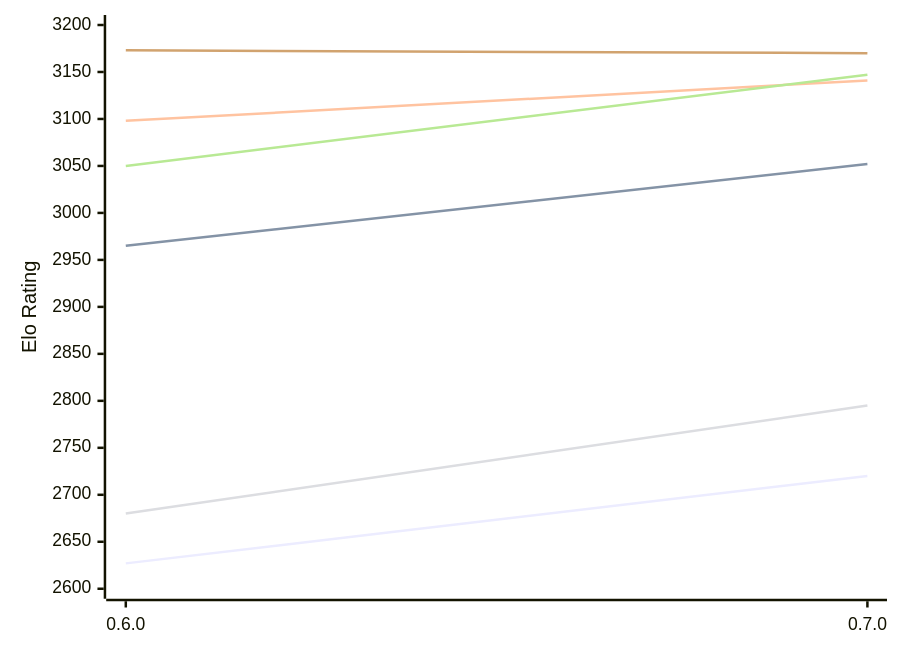
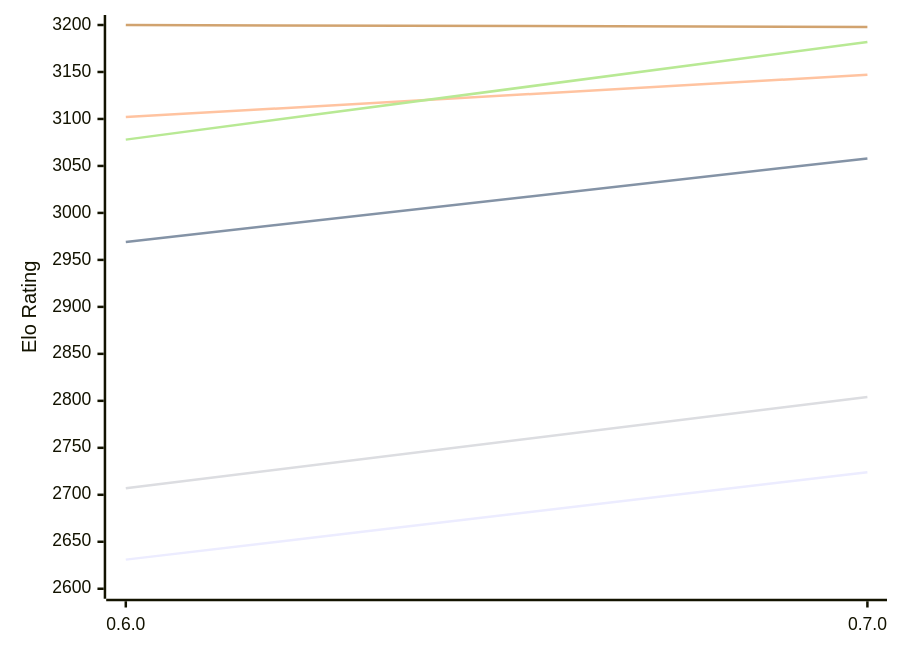
The first of 2 diagrams in engines/AteNika.md (computer-chess-index/cci), drawn with Mermaid before and after one commit. The commit also changed other lines of this file, not shown here.

Commit message:
Update CCI Ratings (ELO VLTC) - 2026-10-21

````diff
--- a/engines/AteNika.md
+++ b/engines/AteNika.md
@@ -52,12 +52,12 @@
 ```mermaid
 %%{init: {"theme":"base","themeVariables":{"seriesColors:['#a3a3a3','#222221','#faa371']}}}%%
 xychart-beta
   x-axis ["0.6.0", "0.7.0"]
   y-axis "Elo Rating" 2600 --> 3200
-  line "E1: STC (8.0+0.08s)" [2627, 2720]
-  line "E1: LTC (60.0+0.60s)" [2965, 3052]
-  line "E1: VLTC (2m24s+1.12s)" [3098, 3141]
-  line "P1: STC (8.0+0.08s)" [2680, 2795]
-  line "P1: LTC (60.0+0.60s)" [3050, 3147]
-  line "P1: VLTC (2m24s+1.12s)" [3173, 3170]
+  line "E1: STC (8.0+0.08s)" [2631, 2724]
+  line "E1: LTC (60.0+0.60s)" [2969, 3058]
+  line "E1: VLTC (2m24s+1.12s)" [3102, 3147]
+  line "P1: STC (8.0+0.08s)" [2707, 2804]
+  line "P1: LTC (60.0+0.60s)" [3078, 3182]
+  line "P1: VLTC (2m24s+1.12s)" [3200, 3198]
 ```
````
